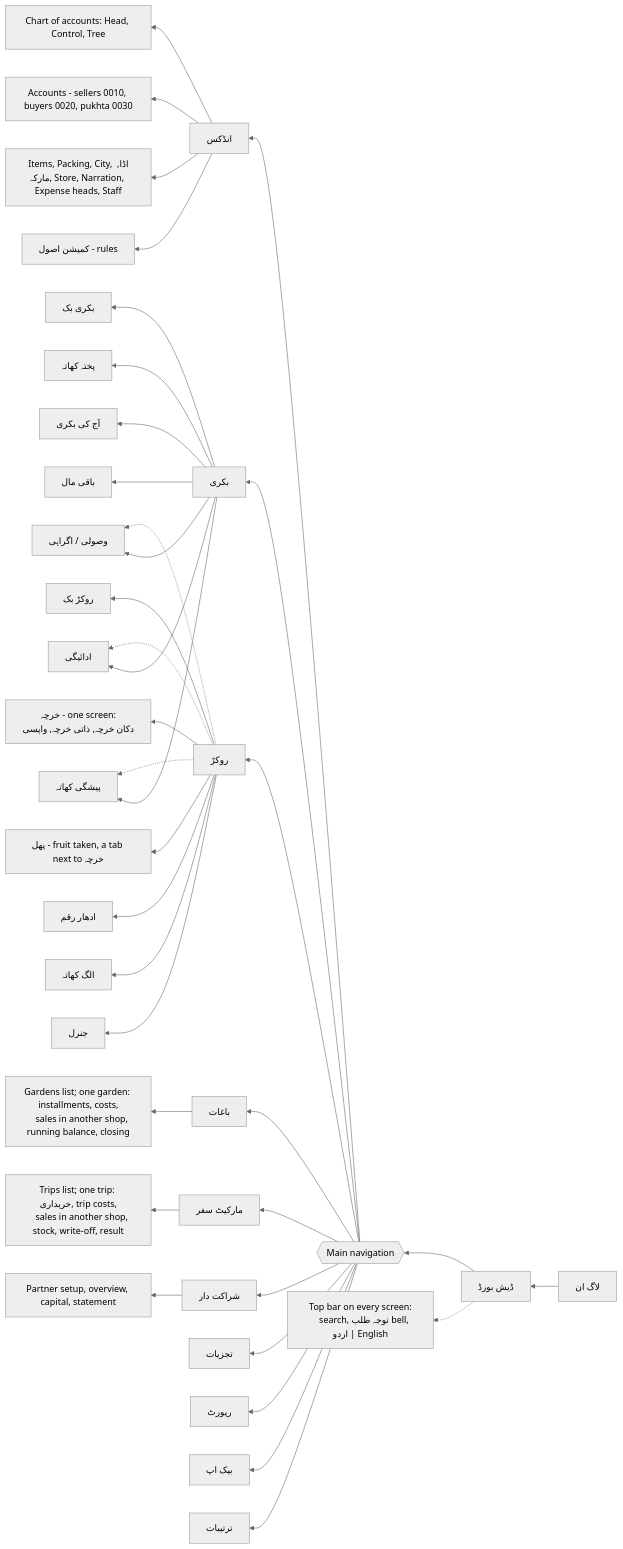
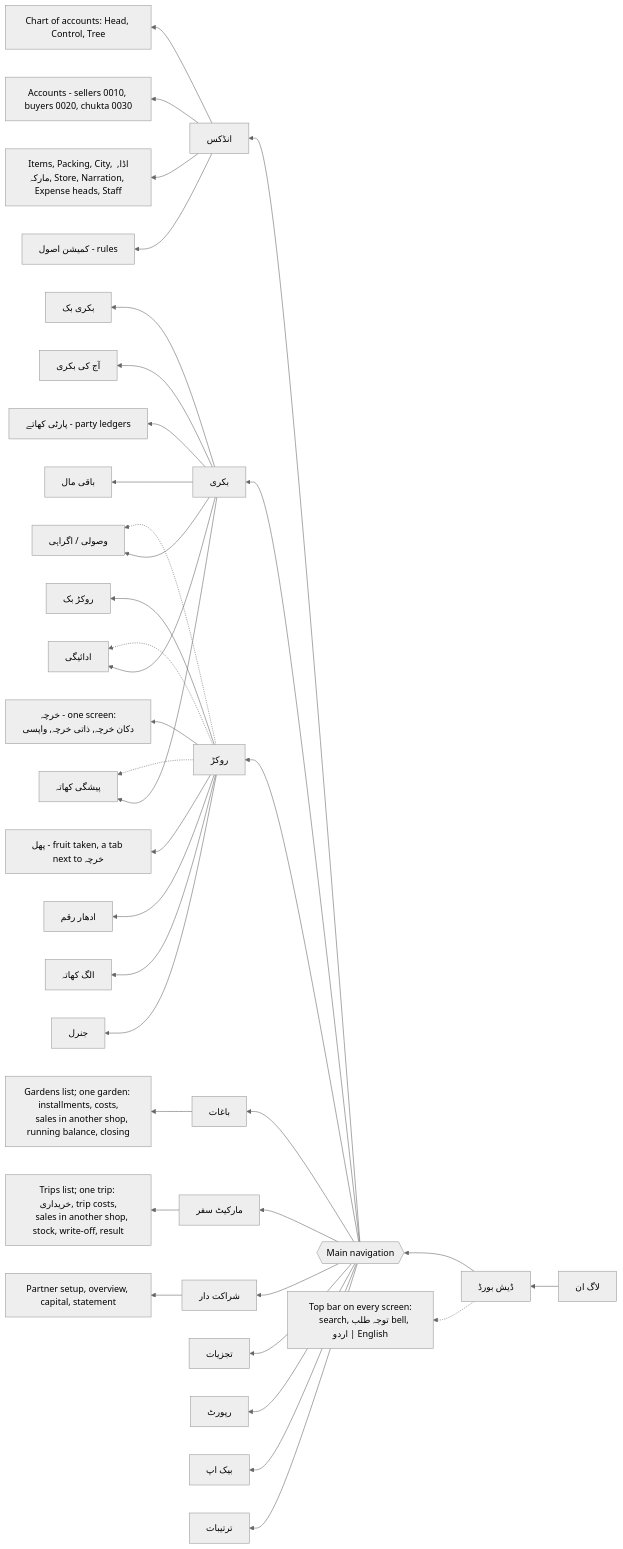
One commit to FaisalHanif12/Fruits-Mandi-Software changed the sixth of 28 diagrams in .claude/rules/Architecture_v1.md. Above: the diagram before and after it, drawn with Mermaid (neutral theme). The commit also changed other lines of this file and 20 other files, not shown here.

````diff
--- a/.claude/rules/Architecture_v1.md
+++ b/.claude/rules/Architecture_v1.md
@@ -217,46 +217,46 @@
 ```mermaid
 flowchart RL
     LOGIN["لاگ ان"] --> DASH["ڈیش بورڈ"]
     DASH --> NAV{{"Main navigation"}}
     NAV --> IDX["انڈکس"]
     NAV --> BIK["بکری"]
     NAV --> ROK["روکڑ"]
     NAV --> GRD["باغات"]
     NAV --> TRP["مارکیٹ سفر"]
     NAV --> PRT["شراکت دار"]
     NAV --> ANL["تجزیات"]
     NAV --> REP["رپورٹ"]
     NAV --> BAK["بیک اپ"]
     NAV --> SET["ترتیبات"]
     DASH -.-> TOP["Top bar on every screen:
     search, توجہ طلب bell, اردو | English"]
 
     IDX --> IDX1["Chart of accounts: Head, Control, Tree"]
-    IDX --> IDX2["Accounts - sellers 0010, buyers 0020, pukhta 0030"]
+    IDX --> IDX2["Accounts - sellers 0010, buyers 0020, chukta 0030"]
     IDX --> IDX3["Items, Packing, City, اڈا, مارکہ, Store, Narration, Expense heads, Staff"]
     IDX --> IDX4["کمیشن اصول - rules"]
 
     BIK --> B1["بکری بک"]
     BIK --> B3["وصولی / اگراہی"]
     BIK --> B4["ادائیگی"]
     BIK --> B5["پیشگی کھاتہ"]
-    BIK --> B6["پختہ کھاتہ"]
-    BIK --> B7["آج کی بکری"]
+    BIK --> B6["آج کی بکری"]
+    BIK --> B7["پارٹی کھاتے - party ledgers"]
     BIK --> B8["باقی مال"]
     GRD --> G1["Gardens list; one garden: installments, costs,
     sales in another shop, running balance, closing"]
     TRP --> T1["Trips list; one trip: خریداری, trip costs,
     sales in another shop, stock, write-off, result"]
     PRT --> P1["Partner setup, overview, capital, statement"]
 
     ROK --> R1["روکڑ بک"]
     ROK --> R2["خرچہ - one screen:
     دکان خرچہ, ذاتی خرچہ, واپسی"]
     ROK --> R6["پھل - fruit taken, a tab next to خرچہ"]
     ROK --> R3["ادھار رقم"]
     ROK --> R5["الگ کھاتہ"]
     ROK --> R4["جنرل"]
     ROK -.-> B3
     ROK -.-> B4
     ROK -.-> B5
 ```
````
